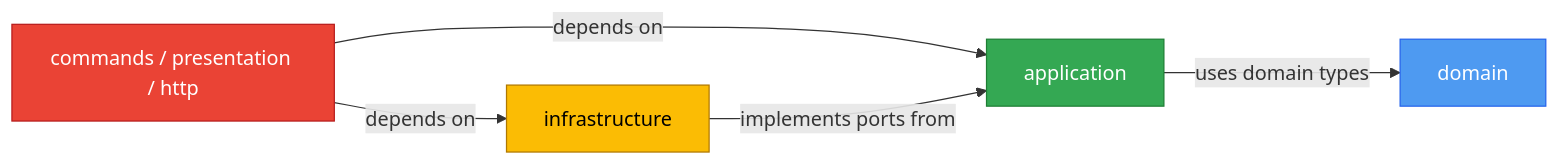
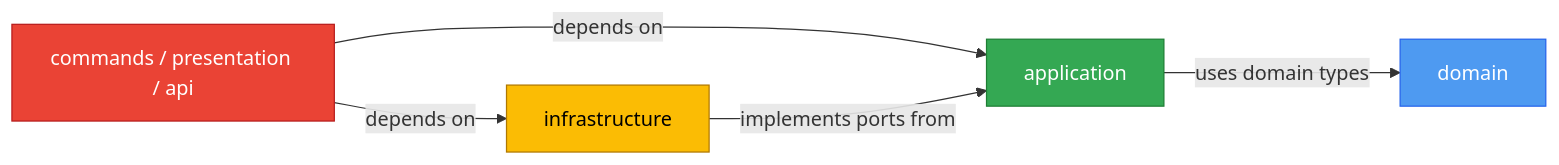
Before and after one commit to wahidyankf/baseerah: the first of 2 diagrams in plans/in-progress/adopt-hexagonal-ddd-architecture/tech-docs.md, drawn with Mermaid. The commit also changed other lines of this file and 2 other files, not shown here.

First line of the commit message:
refactor(plans): rename BE inbound layer from http/ to api/http/

````diff
--- a/plans/in-progress/adopt-hexagonal-ddd-architecture/tech-docs.md
+++ b/plans/in-progress/adopt-hexagonal-ddd-architecture/tech-docs.md
@@ -12,17 +12,17 @@
 ```mermaid
 flowchart LR
   classDef inner fill:#4E9AF1,stroke:#2563EB,color:#fff
   classDef app fill:#34A853,stroke:#1E7E34,color:#fff
   classDef infra fill:#FBBC04,stroke:#B07800,color:#000
   classDef outer fill:#EA4335,stroke:#B71C1C,color:#fff
 
   D[domain]:::inner
   AP[application]:::app
   IN[infrastructure]:::infra
-  OUT[commands / presentation / http]:::outer
+  OUT[commands / presentation / api]:::outer
 
   OUT -->|depends on| IN
   OUT -->|depends on| AP
   IN -->|implements ports from| AP
   AP -->|uses domain types| D
 ```
````
